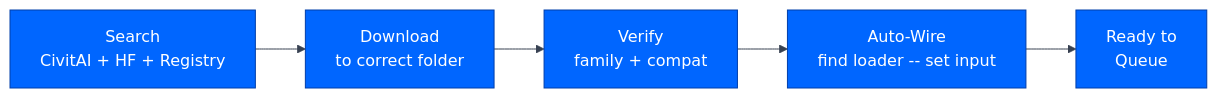
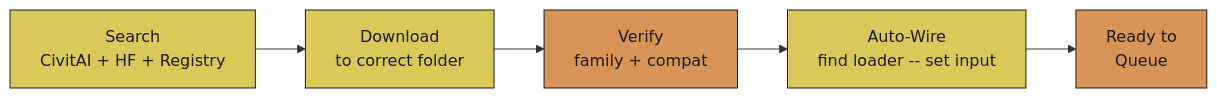
Diagram 16 of 27 in README.md (JosephOIbrahim/Comfy-Cozy), drawn with Mermaid before and after one commit. The commit also changed other lines of this file and 38 other files, not shown here.

````diff
--- a/README.md
+++ b/README.md
@@ -636,8 +767,12 @@
 ```mermaid
-%%{init: {'theme':'base','themeVariables': {'primaryColor':'#0066FF','primaryTextColor':'#ffffff','primaryBorderColor':'#003eaa','lineColor':'#374151','secondaryColor':'#374151','tertiaryColor':'#1f2937','fontFamily':'monospace'}}}%%
 flowchart LR
     Search["Search<br/>CivitAI + HF + Registry"] --> Download["Download<br/>to correct folder"]
     Download --> Verify["Verify<br/>family + compat"]
     Verify --> Wire["Auto-Wire<br/>find loader -- set input"]
     Wire --> Ready["Ready to<br/>Queue"]
+
+    classDef orange fill:#d99458,color:#1a1a1a,stroke:#1a1a1a
+    classDef yellow fill:#d9c958,color:#1a1a1a,stroke:#1a1a1a
+    class Verify,Ready orange
+    class Search,Download,Wire yellow
 ```
````
